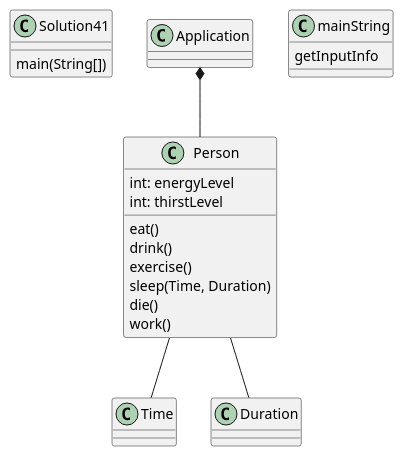
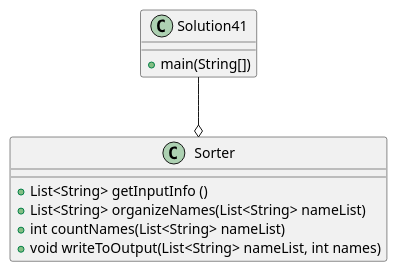
One commit to KatanaJohn/ashley-a04 changed the diagram in exercise41/docs/exercise41UML.puml. Above: the diagram before and after it, drawn with PlantUML. The commit also changed 4 other files, not shown here.

```diff
--- a/exercise41/docs/exercise41UML.puml
+++ b/exercise41/docs/exercise41UML.puml
@@ -1,25 +1,17 @@
 @startuml
+
 class Solution41 {
-    main(String[])
+    +main(String[])
 }
 
-Application *-- Person
+class Sorter {
 
-class Person {
-  int: energyLevel
-  int: thirstLevel
-
-  eat()
-  drink()
-  exercise()
-  sleep(Time, Duration)
-  die()
-  work()
+    +List<String> getInputInfo ()
+    +List<String> organizeNames(List<String> nameList)
+    +int countNames(List<String> nameList)
+    +void writeToOutput(List<String> nameList, int names)
 }
 
-Person -- Time
-Person -- Duration
-
-mainString : getInputInfo
+Solution41 --o Sorter
 
 @enduml
```
